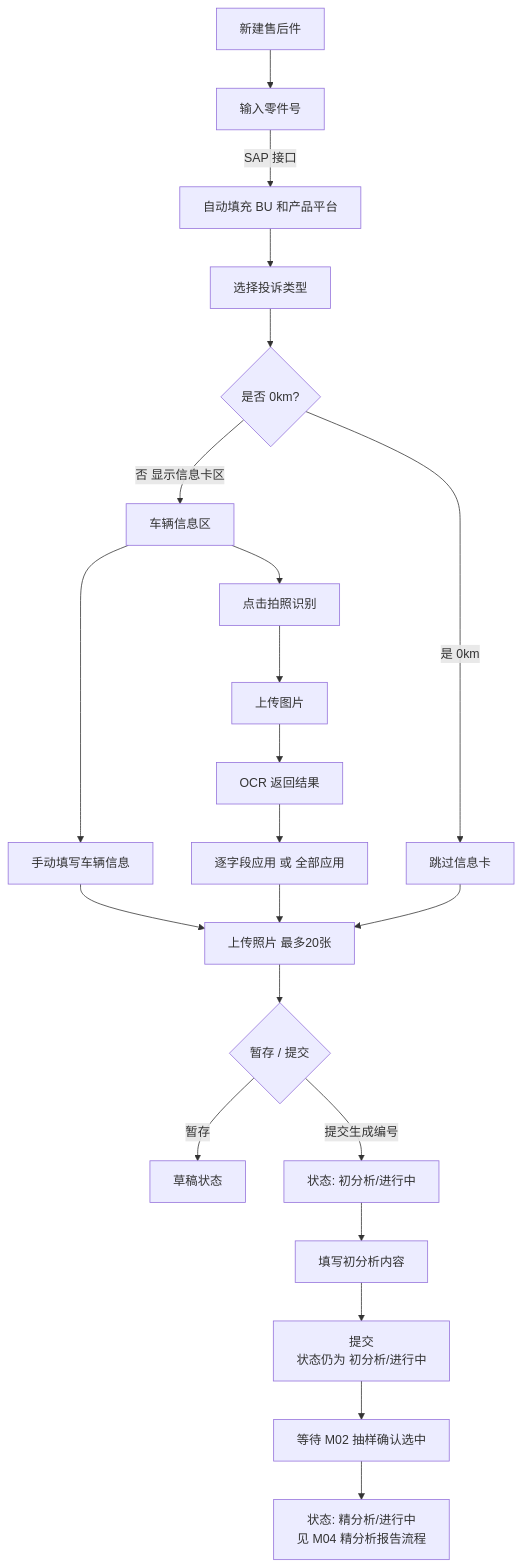
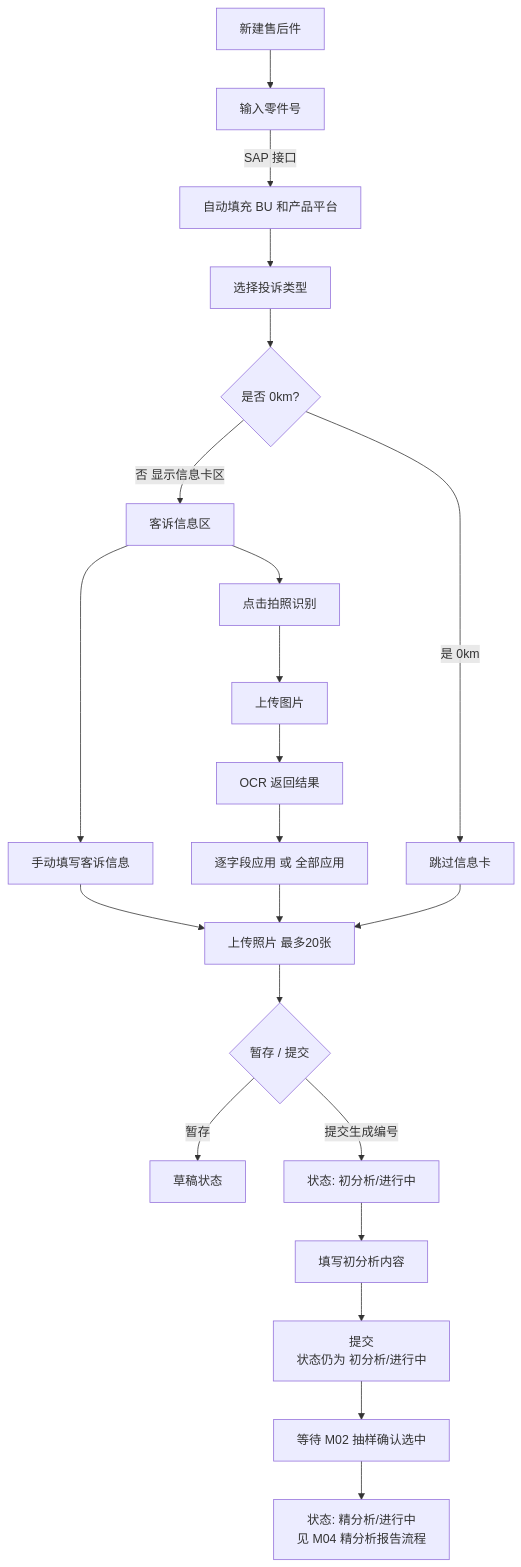
One commit to xvfeiran/wfam-doc changed the sixth of 12 diagrams in 开发设计文档.md. Above: the diagram before and after it, drawn with Mermaid. The commit also changed other lines of this file, not shown here.

````diff
--- a/开发设计文档.md
+++ b/开发设计文档.md
@@ -424,24 +424,24 @@
 ```mermaid
 flowchart TD
     Create[新建售后件] --> InputCode[输入零件号]
     InputCode -->|SAP 接口| AutoFill[自动填充 BU 和产品平台]
     AutoFill --> SelectComplaint[选择投诉类型]
     SelectComplaint --> Check{是否 0km?}
-    Check -->|否 显示信息卡区| InfoCard[车辆信息区]
+    Check -->|否 显示信息卡区| InfoCard[客诉信息区]
     Check -->|是 0km| Skip[跳过信息卡]
-    InfoCard --> Manual[手动填写车辆信息]
+    InfoCard --> Manual[手动填写客诉信息]
     InfoCard --> OCR[点击拍照识别]
     OCR --> Upload[上传图片]
     Upload --> OCRResult[OCR 返回结果]
     OCRResult --> Apply[逐字段应用 或 全部应用]
     Manual --> Photos[上传照片 最多20张]
     Apply --> Photos
     Skip --> Photos
     Photos --> Submit{暂存 / 提交}
     Submit -->|暂存| Draft[草稿状态]
     Submit -->|提交生成编号| Pending[状态: 初分析/进行中]
     Pending --> InitialAnalysis[填写初分析内容]
     InitialAnalysis --> SubmitInitial[提交\n状态仍为 初分析/进行中]
     SubmitInitial --> WaitSampling[等待 M02 抽样确认选中]
     WaitSampling --> Detailed[状态: 精分析/进行中\n见 M04 精分析报告流程]
 ```
````
